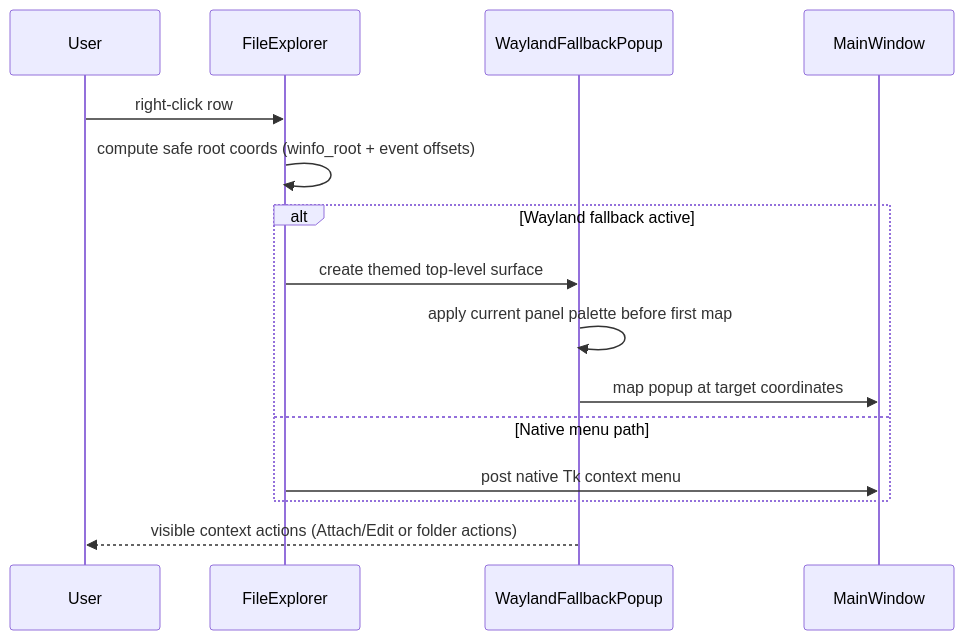
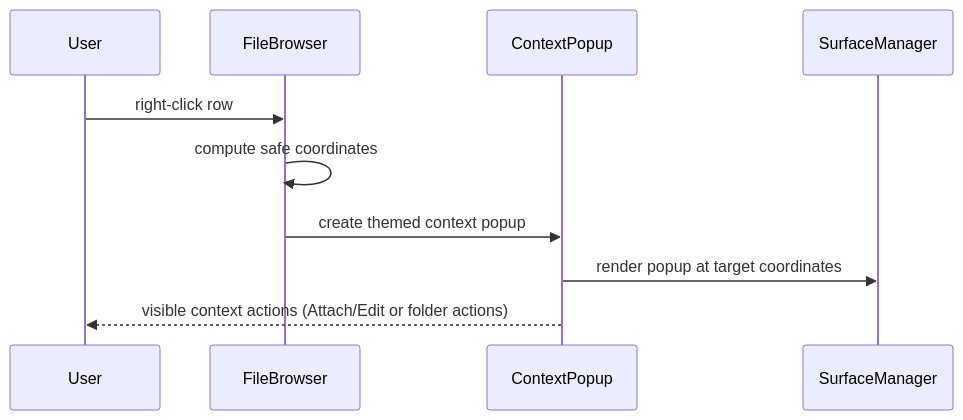
One commit to matthewapeters/agentX changed diagram 12 of 14 in docs/ux/02_USER_FLOWS.md. Above: the diagram before and after it, drawn with Mermaid. The commit also changed other lines of this file and 336 other files, not shown here.

````diff
--- a/docs/ux/02_USER_FLOWS.md
+++ b/docs/ux/02_USER_FLOWS.md
@@ -359,18 +365,13 @@
 ```mermaid
 sequenceDiagram
     participant User
-    participant Explorer as FileExplorer
-    participant Popup as WaylandFallbackPopup
-    participant Main as MainWindow
+    participant Explorer as FileBrowser
+    participant Popup as ContextPopup
+    participant Surface as SurfaceManager
 
     User->>Explorer: right-click row
-    Explorer->>Explorer: compute safe root coords (winfo_root + event offsets)
-    alt Wayland fallback active
-        Explorer->>Popup: create themed top-level surface
-        Popup->>Popup: apply current panel palette before first map
-        Popup->>Main: map popup at target coordinates
-    else Native menu path
-        Explorer->>Main: post native Tk context menu
-    end
+    Explorer->>Explorer: compute safe coordinates
+    Explorer->>Popup: create themed context popup
+    Popup->>Surface: render popup at target coordinates
     Popup-->>User: visible context actions (Attach/Edit or folder actions)
 ```
````
